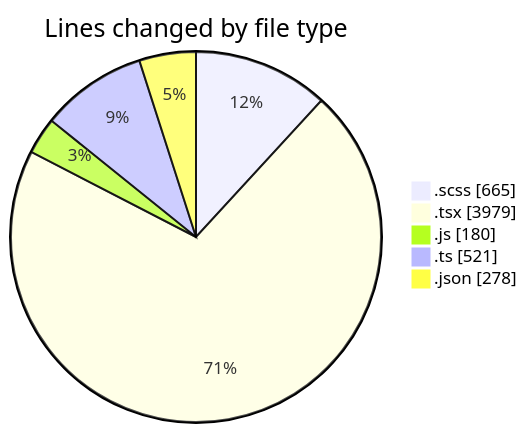
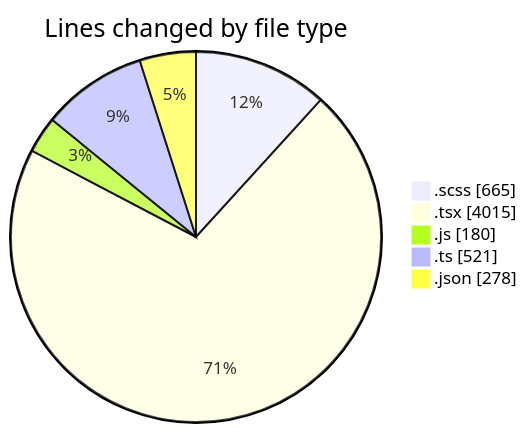
The first of 2 diagrams in 2026-08-10/cda/README.md (momahboobian/code-tracking), drawn with Mermaid before and after one commit. The commit also changed other lines of this file and 1 other file, not shown here.

````diff
--- a/2026-08-10/cda/README.md
+++ b/2026-08-10/cda/README.md
@@ -32,9 +32,9 @@
 ```mermaid
 pie showData
 title Lines changed by file type
 ".scss" : 665
-".tsx" : 3979
+".tsx" : 4015
 ".js" : 180
 ".ts" : 521
 ".json" : 278
 ```
````
